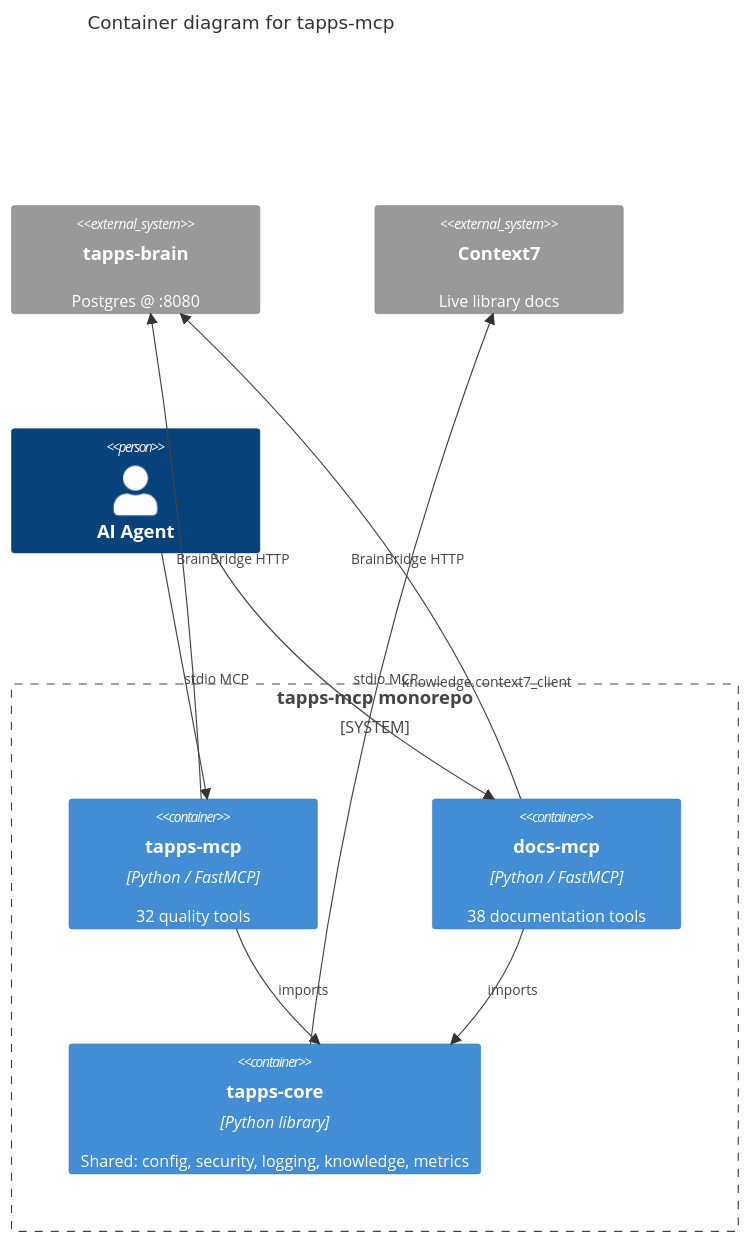
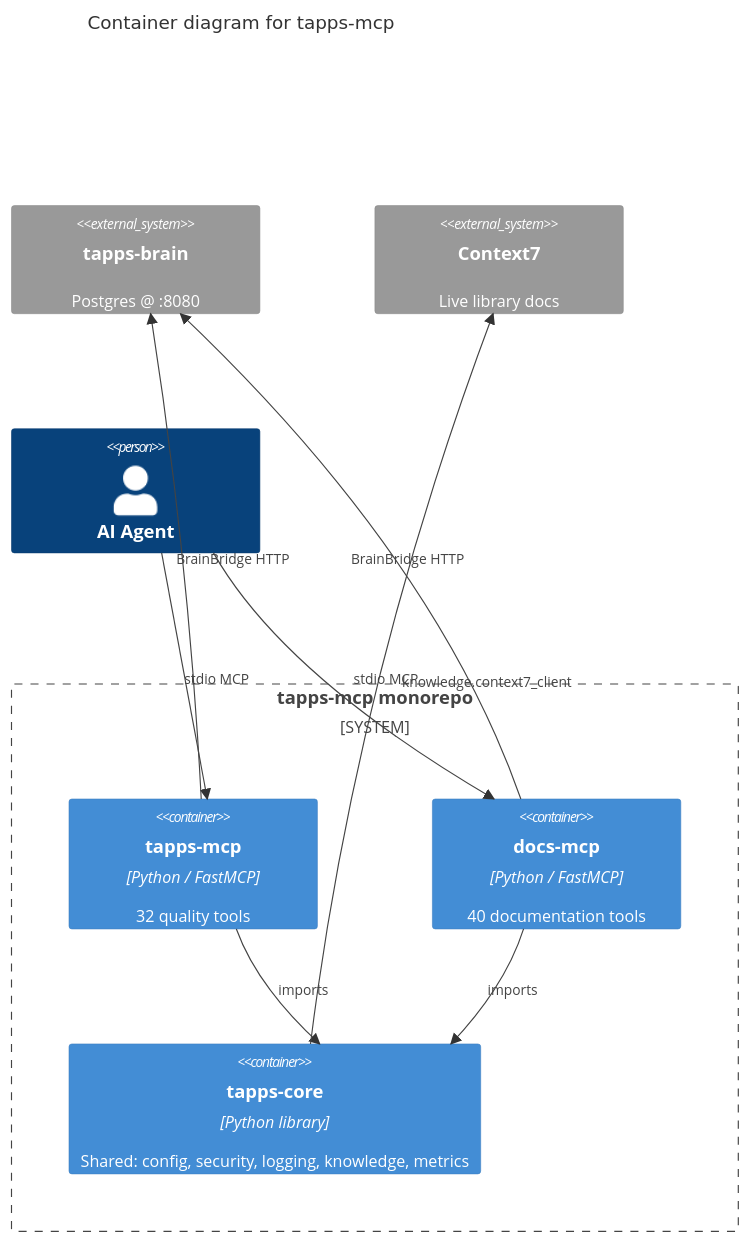
One commit to wtthornton/TappsMCP changed the second of 2 diagrams in docs/ARCHITECTURE.md. Above: the diagram before and after it, drawn with Mermaid. The commit also changed other lines of this file and 14 other files, not shown here.

````diff
--- a/docs/ARCHITECTURE.md
+++ b/docs/ARCHITECTURE.md
@@ -363,21 +363,21 @@
 ```mermaid
 C4Container
     title Container diagram for tapps-mcp
 
     System_Boundary(monorepo, "tapps-mcp monorepo") {
         Container(tapps_mcp, "tapps-mcp", "Python / FastMCP", "32 quality tools")
-        Container(docs_mcp, "docs-mcp", "Python / FastMCP", "38 documentation tools")
+        Container(docs_mcp, "docs-mcp", "Python / FastMCP", "40 documentation tools")
         Container(tapps_core, "tapps-core", "Python library", "Shared: config, security, logging, knowledge, metrics")
     }
     System_Ext(brain, "tapps-brain", "Postgres @ :8080")
     System_Ext(ctx7, "Context7", "Live library docs")
     Person(Agent, "AI Agent")
 
     Rel(Agent, tapps_mcp, "stdio MCP")
     Rel(Agent, docs_mcp, "stdio MCP")
     Rel(tapps_mcp, tapps_core, "imports")
     Rel(docs_mcp, tapps_core, "imports")
     Rel(tapps_mcp, brain, "BrainBridge HTTP")
     Rel(docs_mcp, brain, "BrainBridge HTTP")
     Rel(tapps_core, ctx7, "knowledge.context7_client")
 ```
````
